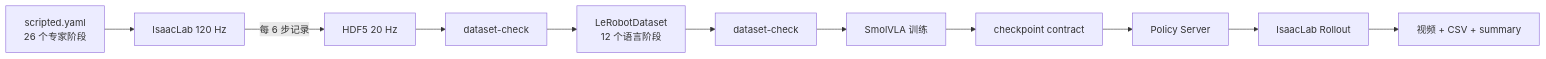
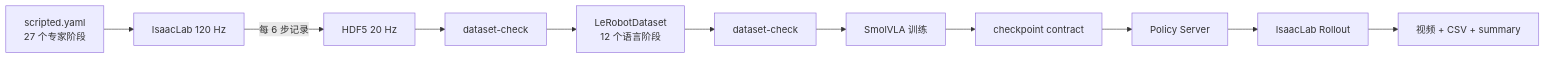
The first of 2 diagrams in s4_smolvla_isaaclab/docs/PIPELINE.md (zhangfuyong888/qirobot_smolVLA), drawn with Mermaid before and after one commit. The commit also changed other lines of this file and 8 other files, not shown here.

````diff
--- a/s4_smolvla_isaaclab/docs/PIPELINE.md
+++ b/s4_smolvla_isaaclab/docs/PIPELINE.md
@@ -7,13 +7,13 @@
 ```mermaid
 flowchart LR
-    A[scripted.yaml<br/>26 个专家阶段] --> B[IsaacLab 120 Hz]
+    A[scripted.yaml<br/>27 个专家阶段] --> B[IsaacLab 120 Hz]
     B -->|每 6 步记录| C[HDF5 20 Hz]
     C --> D[dataset-check]
     D --> E[LeRobotDataset<br/>12 个语言阶段]
     E --> F[dataset-check]
     F --> G[SmolVLA 训练]
     G --> H[checkpoint contract]
     H --> I[Policy Server]
     I --> J[IsaacLab Rollout]
     J --> K[视频 + CSV + summary]
 ```
````
